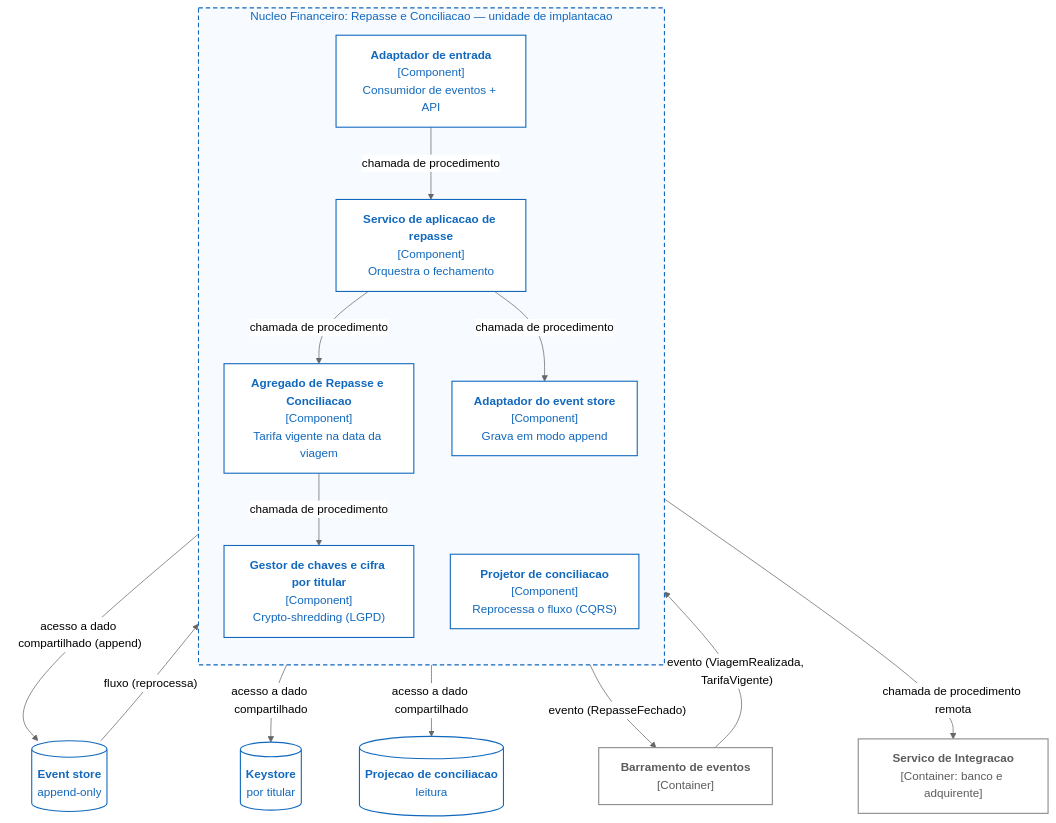
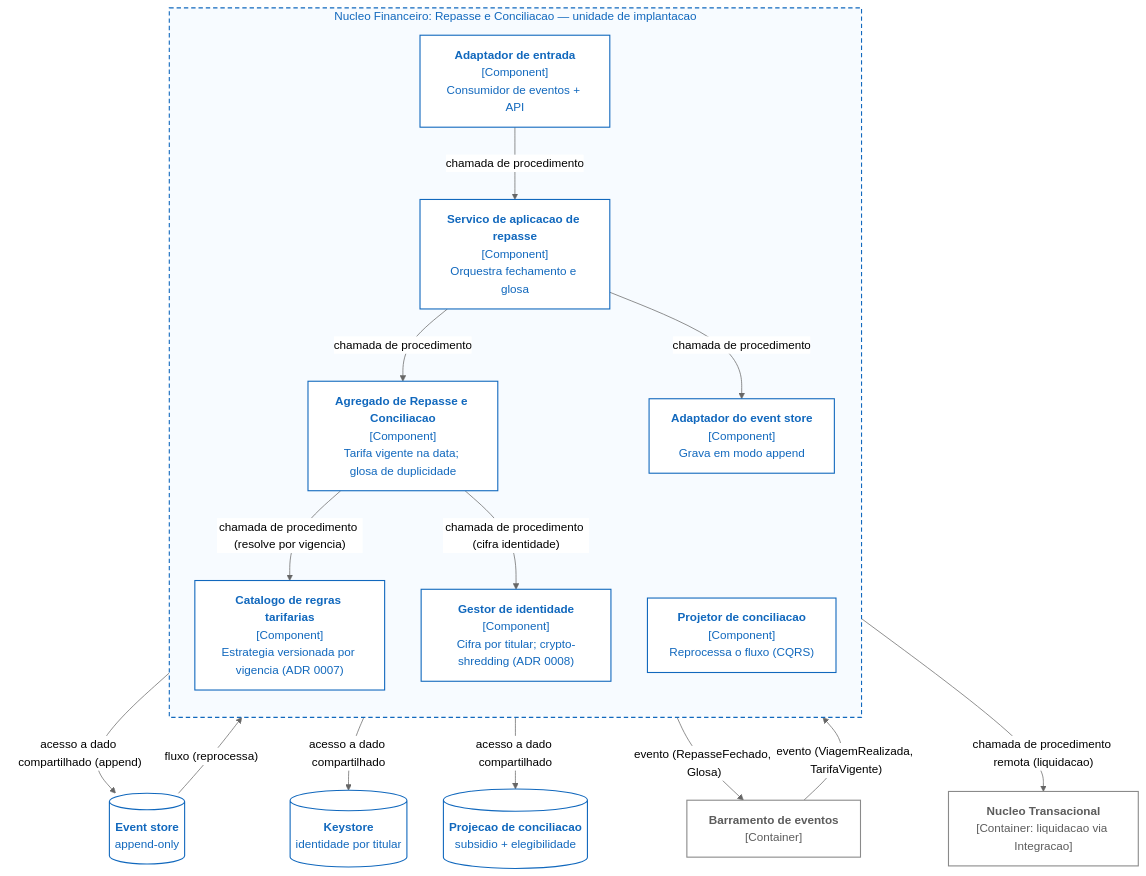
One commit to matheuspolizinani/atividade-arq-software changed the diagram in 2-arquitetura/c4-componentes.mmd. Above: the diagram before and after it, drawn with Mermaid (neutral theme). The commit also changed 19 other files, not shown here.

```diff
--- a/2-arquitetura/c4-componentes.mmd
+++ b/2-arquitetura/c4-componentes.mmd
@@ -1,41 +1,43 @@
-%% Nivel 3 (componentes) do Nucleo Financeiro.
-%% Estilo visual baseado no c4model.com (caixas brancas, borda/texto azul, cilindro
-%% para armazenamento). Segue a convencao de nivel 3 do livro (secao 3.6): a seta
-%% e rotulada pelo TIPO do conector e o agrupamento tracejado e a unidade de implantacao.
+%% Nivel 3 (componentes) do Nucleo Financeiro - versao final.
+%% Estilo c4model.com (caixas brancas, borda/texto azul, cilindro = armazenamento).
+%% Convencao de nivel 3 (secao 3.6): seta rotulada pelo TIPO do conector;
+%% agrupamento tracejado = unidade de implantacao.
 flowchart TB
     barramento["<b>Barramento de eventos</b><br/>[Container]"]
-    integracao["<b>Servico de Integracao</b><br/>[Container: banco e adquirente]"]
+    nucleotrans["<b>Nucleo Transacional</b><br/>[Container: liquidacao via Integracao]"]
 
     subgraph alvo["Nucleo Financeiro: Repasse e Conciliacao — unidade de implantacao"]
         direction TB
         entrada["<b>Adaptador de entrada</b><br/>[Component]<br/>Consumidor de eventos + API"]
-        app["<b>Servico de aplicacao de repasse</b><br/>[Component]<br/>Orquestra o fechamento"]
-        dominio["<b>Agregado de Repasse e Conciliacao</b><br/>[Component]<br/>Tarifa vigente na data da viagem"]
-        cifra["<b>Gestor de chaves e cifra por titular</b><br/>[Component]<br/>Crypto-shredding (LGPD)"]
+        app["<b>Servico de aplicacao de repasse</b><br/>[Component]<br/>Orquestra fechamento e glosa"]
+        dominio["<b>Agregado de Repasse e Conciliacao</b><br/>[Component]<br/>Tarifa vigente na data; glosa de duplicidade"]
+        catalogo["<b>Catalogo de regras tarifarias</b><br/>[Component]<br/>Estrategia versionada por vigencia (ADR 0007)"]
+        identidade["<b>Gestor de identidade</b><br/>[Component]<br/>Cifra por titular; crypto-shredding (ADR 0008)"]
         projetor["<b>Projetor de conciliacao</b><br/>[Component]<br/>Reprocessa o fluxo (CQRS)"]
         saidaES["<b>Adaptador do event store</b><br/>[Component]<br/>Grava em modo append"]
     end
 
     store[("<b>Event store</b><br/>append-only")]
-    keystore[("<b>Keystore</b><br/>por titular")]
-    leitura[("<b>Projecao de conciliacao</b><br/>leitura")]
+    keystore[("<b>Keystore</b><br/>identidade por titular")]
+    leitura[("<b>Projecao de conciliacao</b><br/>subsidio + elegibilidade")]
 
     barramento -->|"evento (ViagemRealizada, TarifaVigente)"| entrada
     entrada -->|"chamada de procedimento"| app
     app -->|"chamada de procedimento"| dominio
-    dominio -->|"chamada de procedimento"| cifra
+    dominio -->|"chamada de procedimento (resolve por vigencia)"| catalogo
+    dominio -->|"chamada de procedimento (cifra identidade)"| identidade
     app -->|"chamada de procedimento"| saidaES
     saidaES -->|"acesso a dado compartilhado (append)"| store
-    cifra -->|"acesso a dado compartilhado"| keystore
+    identidade -->|"acesso a dado compartilhado"| keystore
     store -->|"fluxo (reprocessa)"| projetor
     projetor -->|"acesso a dado compartilhado"| leitura
-    app -->|"evento (RepasseFechado)"| barramento
-    app -->|"chamada de procedimento remota"| integracao
+    app -->|"evento (RepasseFechado, Glosa)"| barramento
+    app -->|"chamada de procedimento remota (liquidacao)"| nucleotrans
 
     classDef comp fill:#ffffff,stroke:#1168bd,stroke-width:1.5px,color:#1168bd;
     classDef store fill:#ffffff,stroke:#1168bd,stroke-width:1.5px,color:#1168bd;
     classDef viz fill:#ffffff,stroke:#8a8a8a,stroke-width:1.5px,color:#5c5c5c;
-    class entrada,app,dominio,cifra,projetor,saidaES comp;
+    class entrada,app,dominio,catalogo,identidade,projetor,saidaES comp;
     class store,keystore,leitura store;
-    class barramento,integracao viz;
+    class barramento,nucleotrans viz;
     style alvo fill:#f7fbff,stroke:#1168bd,stroke-width:1.5px,stroke-dasharray: 6 4,color:#1168bd;
```
